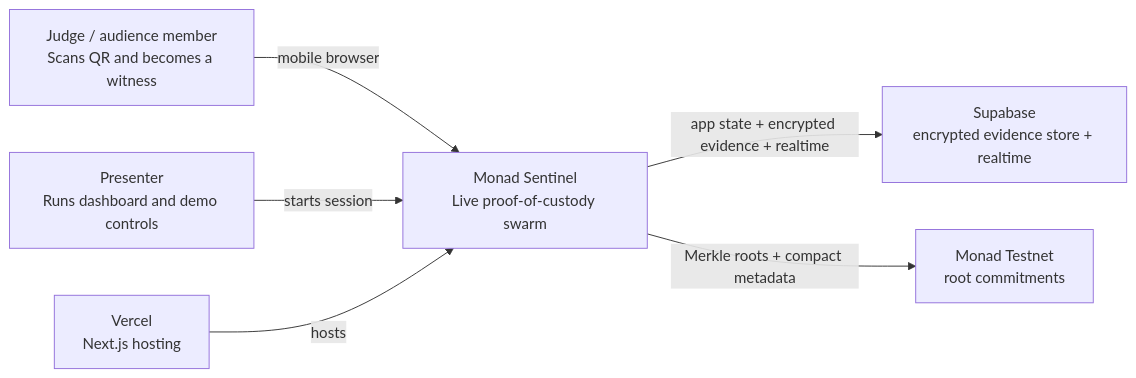
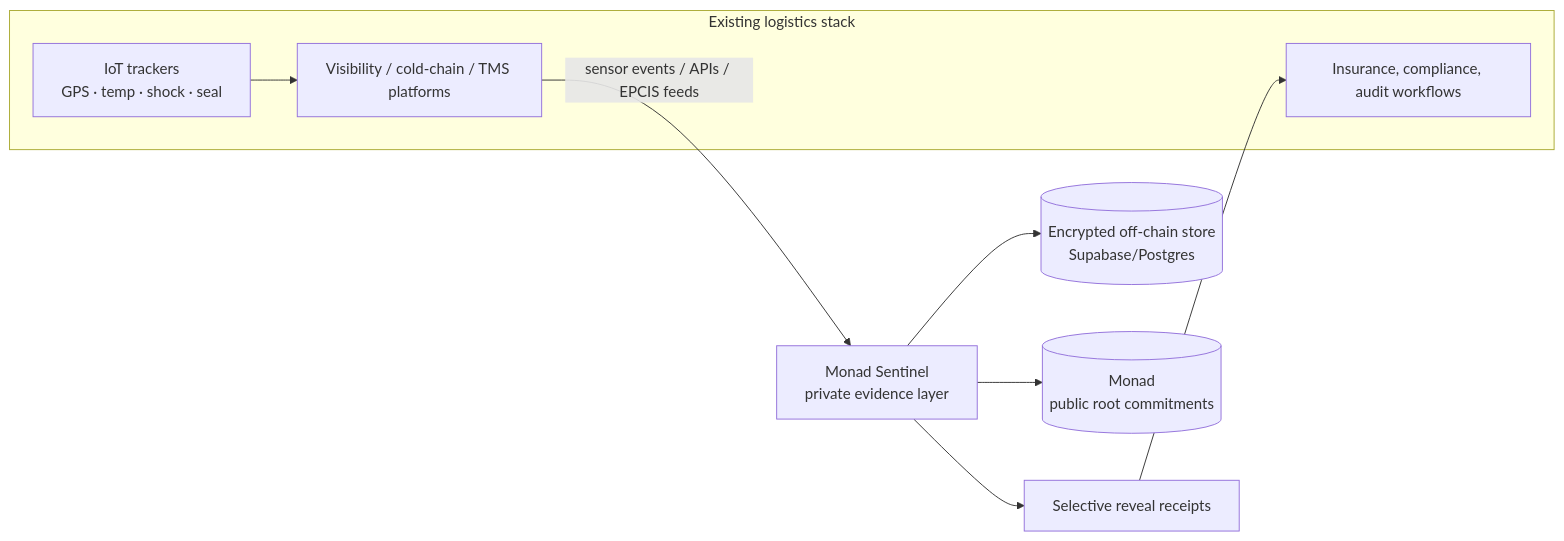
The first of 11 diagrams in docs/architecture.md (roshaninfordham/monad-sentinel), drawn with Mermaid before and after one commit. The commit also changed other lines of this file and 22 other files, not shown here.

Commit message:
docs: refresh architecture docs and screenshots

````diff
--- a/docs/architecture.md
+++ b/docs/architecture.md
@@ -12,15 +7,20 @@
 ```mermaid
 flowchart LR
-  judge[Judge / audience member<br/>Scans QR and becomes a witness]
-  presenter[Presenter<br/>Runs dashboard and demo controls]
-  app[Monad Sentinel<br/>Live proof-of-custody swarm]
-  supabase[Supabase<br/>encrypted evidence store + realtime]
-  monad[Monad Testnet<br/>root commitments]
-  vercel[Vercel<br/>Next.js hosting]
+  subgraph Existing["Existing logistics stack"]
+    Trackers[IoT trackers<br/>GPS · temp · shock · seal]
+    Platforms[Visibility / cold-chain / TMS platforms]
+    Claims[Insurance, compliance, audit workflows]
+  end
 
-  judge -->|mobile browser| app
-  presenter -->|starts session| app
-  vercel -->|hosts| app
-  app -->|app state + encrypted evidence + realtime| supabase
-  app -->|Merkle roots + compact metadata| monad
+  Sentinel[Monad Sentinel<br/>private evidence layer]
+  Supabase[(Encrypted off-chain store<br/>Supabase/Postgres)]
+  Monad[(Monad<br/>public root commitments)]
+  Receipts[Selective reveal receipts]
+
+  Trackers --> Platforms
+  Platforms -->|sensor events / APIs / EPCIS feeds| Sentinel
+  Sentinel --> Supabase
+  Sentinel --> Monad
+  Sentinel --> Receipts
+  Receipts --> Claims
 ```
````
